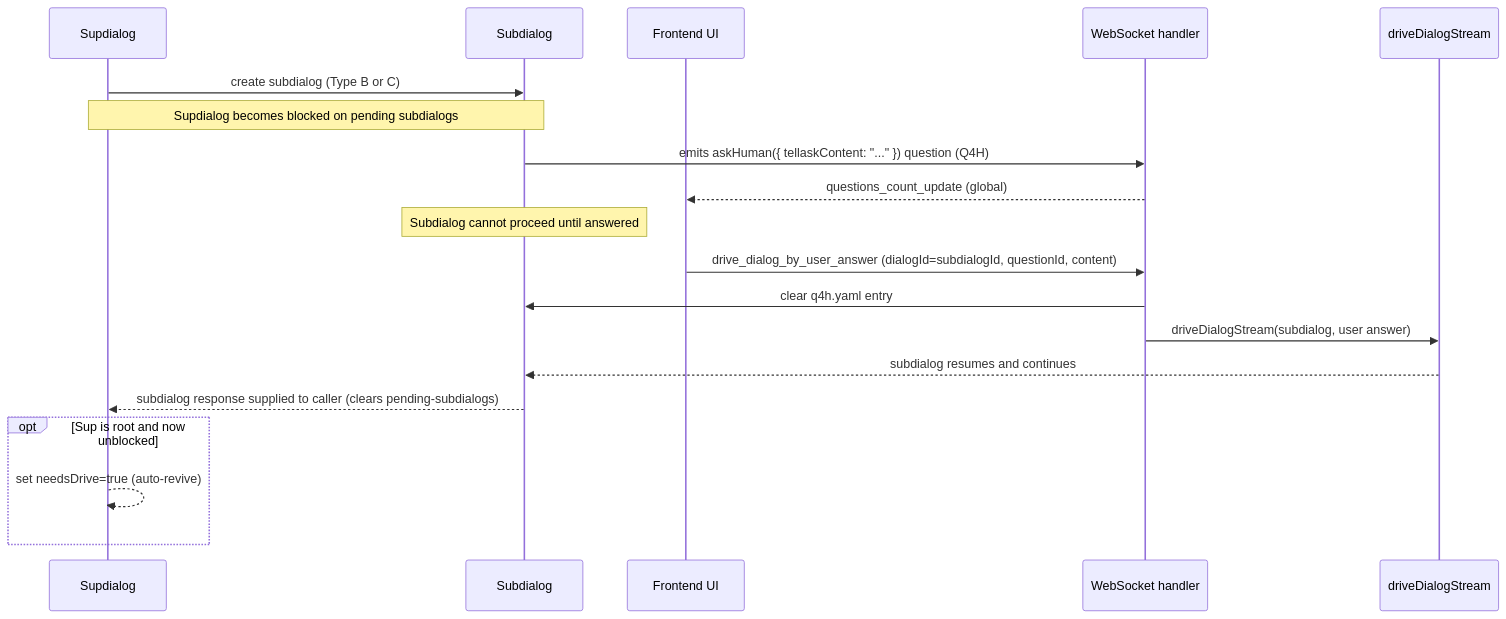
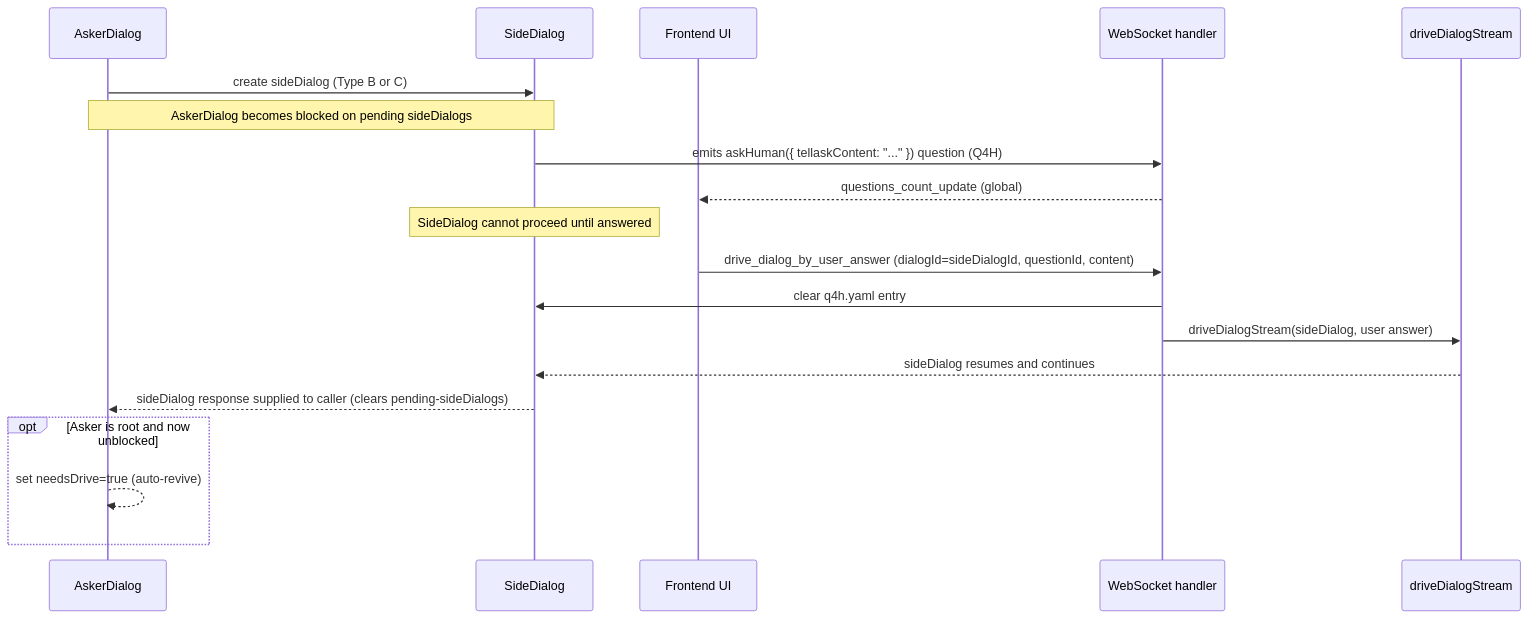
Diagram 15 of 18 in docs/dialog-system.md (longrun-ai/dominds), drawn with Mermaid before and after one commit. The commit also changed other lines of this file and 195 other files, not shown here.

Commit message:
refactor tellask revive context handling

````diff
--- a/docs/dialog-system.md
+++ b/docs/dialog-system.md
@@ -1338,25 +1340,25 @@
 ```mermaid
 sequenceDiagram
-  participant Sup as Supdialog
-  participant Sub as Subdialog
+  participant Asker as AskerDialog
+  participant Side as SideDialog
   participant UI as Frontend UI
   participant WS as WebSocket handler
   participant Driver as driveDialogStream
 
-  Sup->>Sub: create subdialog (Type B or C)
-  Note over Sup,Sub: Supdialog becomes blocked on pending subdialogs
-  Sub->>WS: emits askHuman({ tellaskContent: "..." }) question (Q4H)
+  Asker->>Side: create sideDialog (Type B or C)
+  Note over Asker,Side: AskerDialog becomes blocked on pending sideDialogs
+  Side->>WS: emits askHuman({ tellaskContent: "..." }) question (Q4H)
   WS-->>UI: questions_count_update (global)
 
-  Note over Sub: Subdialog cannot proceed until answered
+  Note over Side: SideDialog cannot proceed until answered
 
-  UI->>WS: drive_dialog_by_user_answer (dialogId=subdialogId, questionId, content)
-  WS->>Sub: clear q4h.yaml entry
-  WS->>Driver: driveDialogStream(subdialog, user answer)
-  Driver-->>Sub: subdialog resumes and continues
-  Sub-->>Sup: subdialog response supplied to caller (clears pending-subdialogs)
+  UI->>WS: drive_dialog_by_user_answer (dialogId=sideDialogId, questionId, content)
+  WS->>Side: clear q4h.yaml entry
+  WS->>Driver: driveDialogStream(sideDialog, user answer)
+  Driver-->>Side: sideDialog resumes and continues
+  Side-->>Asker: sideDialog response supplied to caller (clears pending-sideDialogs)
 
-  opt Sup is root and now unblocked
-    Sup-->>Sup: set needsDrive=true (auto-revive)
+  opt Asker is root and now unblocked
+    Asker-->>Asker: set needsDrive=true (auto-revive)
   end
 ```
````
